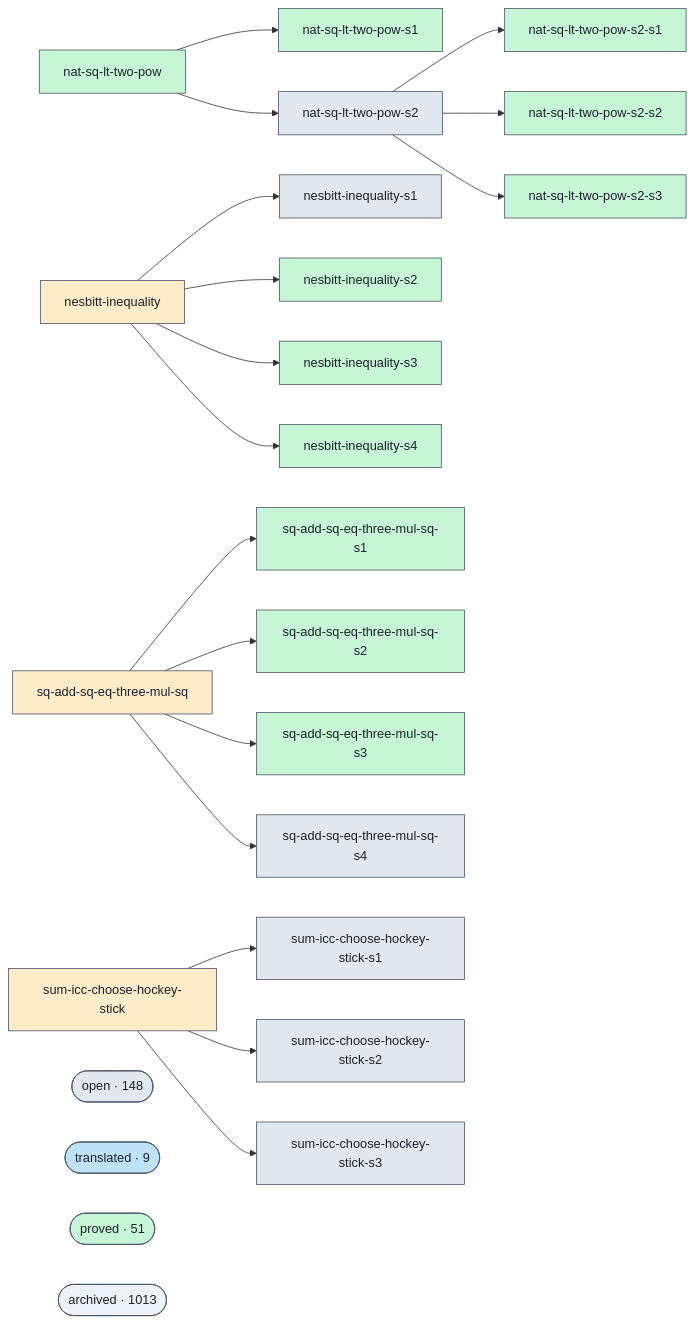
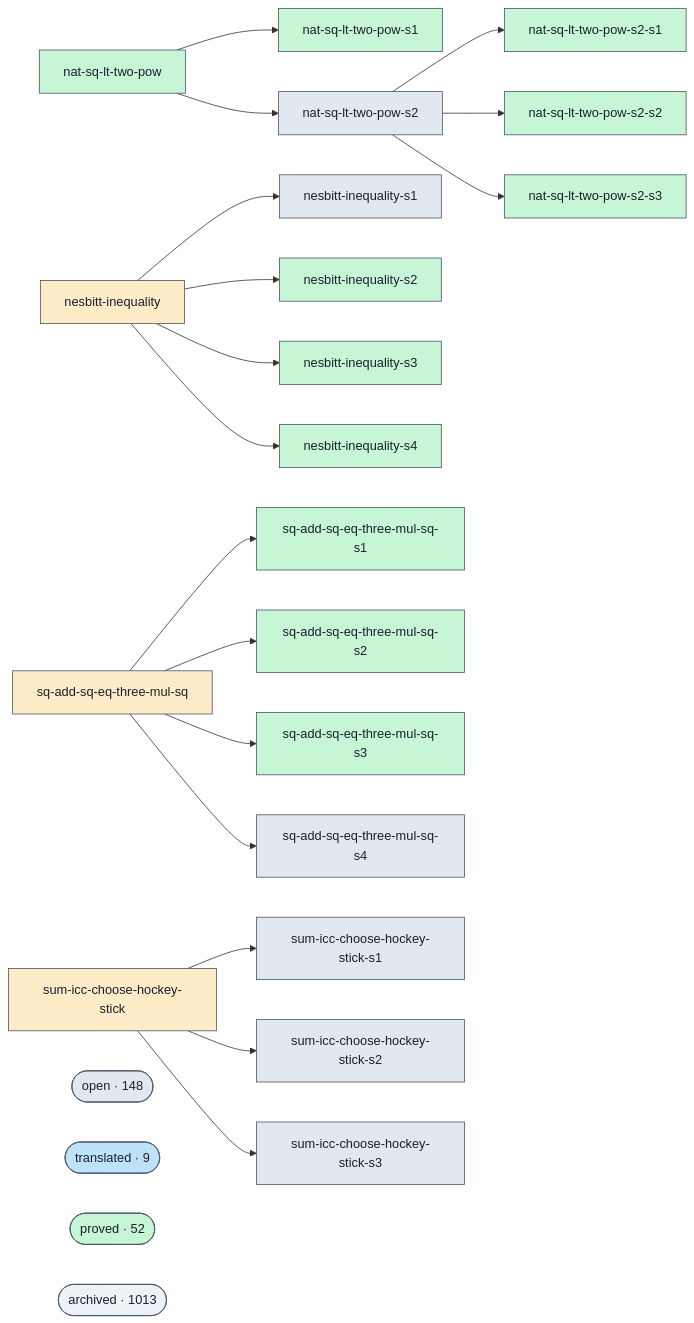
One commit to ohdearquant/unsorry changed the diagram in docs/proofs-contributors-visualisation.md. Above: the diagram before and after it, drawn with Mermaid. The commit also changed other lines of this file and 2 other files, not shown here.

```diff
--- a/docs/proofs-contributors-visualisation.md
+++ b/docs/proofs-contributors-visualisation.md
@@ -102,7 +102,7 @@
   class cluster_open open;
   cluster_translated(["translated · 9"])
   class cluster_translated translated;
-  cluster_proved(["proved · 51"])
+  cluster_proved(["proved · 52"])
   class cluster_proved proved;
   cluster_archived(["archived · 1013"])
   class cluster_archived unknown;
```
